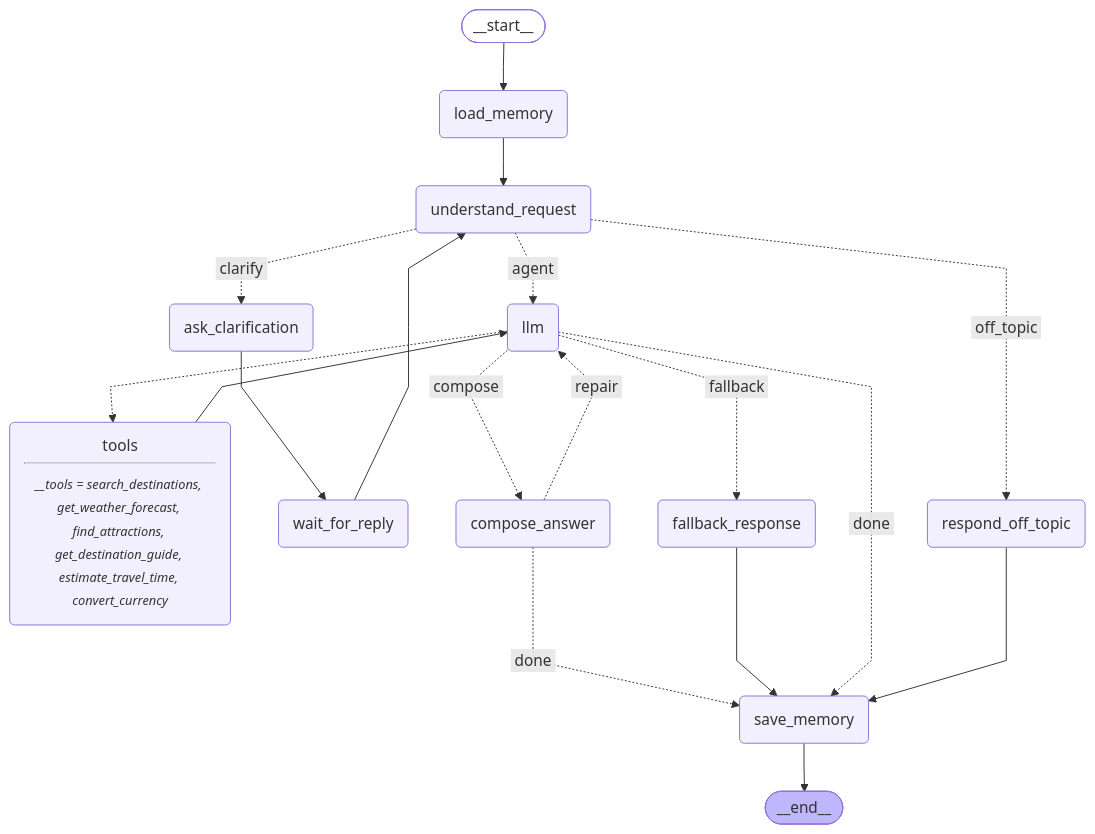
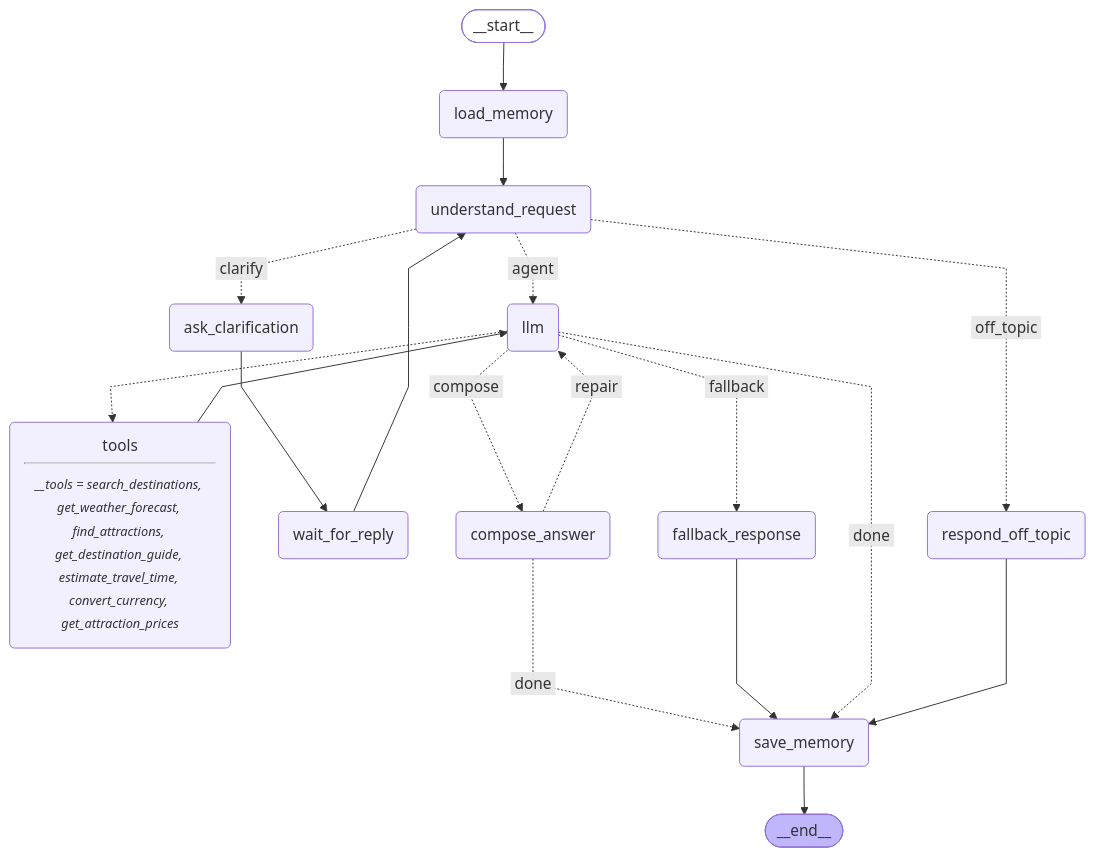
Before and after one commit to TharakaNisansala/AI-Travel-Assistant-Agent: the diagram in README.md, drawn with Mermaid. The commit also changed 8 other files, not shown here.

First line of the commit message:
feat: add get_attraction_prices with per-category group costs

````diff
--- a/README.md
+++ b/README.md
@@ -33,40 +33,40 @@
 ```mermaid
 ---
 config:
   flowchart:
     curve: linear
 ---
 graph TD;
 	__start__([<p>__start__</p>]):::first
 	llm(llm)
-	tools(tools<hr/><small><em>__tools = search_destinations, get_weather_forecast, find_attractions, get_destination_guide, estimate_travel_time, convert_currency</em></small>)
+	tools(tools<hr/><small><em>__tools = search_destinations, get_weather_forecast, find_attractions, get_destination_guide, estimate_travel_time, convert_currency, get_attraction_prices</em></small>)
 	save_memory(save_memory)
 	understand_request(understand_request)
 	ask_clarification(ask_clarification)
 	wait_for_reply(wait_for_reply)
 	respond_off_topic(respond_off_topic)
 	load_memory(load_memory)
 	fallback_response(fallback_response)
 	compose_answer(compose_answer)
 	__end__([<p>__end__</p>]):::last
 	__start__ --> load_memory;
 	ask_clarification --> wait_for_reply;
 	compose_answer -. &nbsp;repair&nbsp; .-> llm;
 	compose_answer -. &nbsp;done&nbsp; .-> save_memory;
 	fallback_response --> save_memory;
 	llm -. &nbsp;compose&nbsp; .-> compose_answer;
 	llm -. &nbsp;fallback&nbsp; .-> fallback_response;
 	llm -. &nbsp;done&nbsp; .-> save_memory;
 	llm -.-> tools;
 	load_memory --> understand_request;
 	respond_off_topic --> save_memory;
 	tools --> llm;
 	understand_request -. &nbsp;clarify&nbsp; .-> ask_clarification;
 	understand_request -. &nbsp;agent&nbsp; .-> llm;
 	understand_request -. &nbsp;off_topic&nbsp; .-> respond_off_topic;
 	wait_for_reply --> understand_request;
 	save_memory --> __end__;
 	classDef default fill:#f2f0ff,line-height:1.2
 	classDef first fill-opacity:0
 	classDef last fill:#bfb6fc
 ```
````
